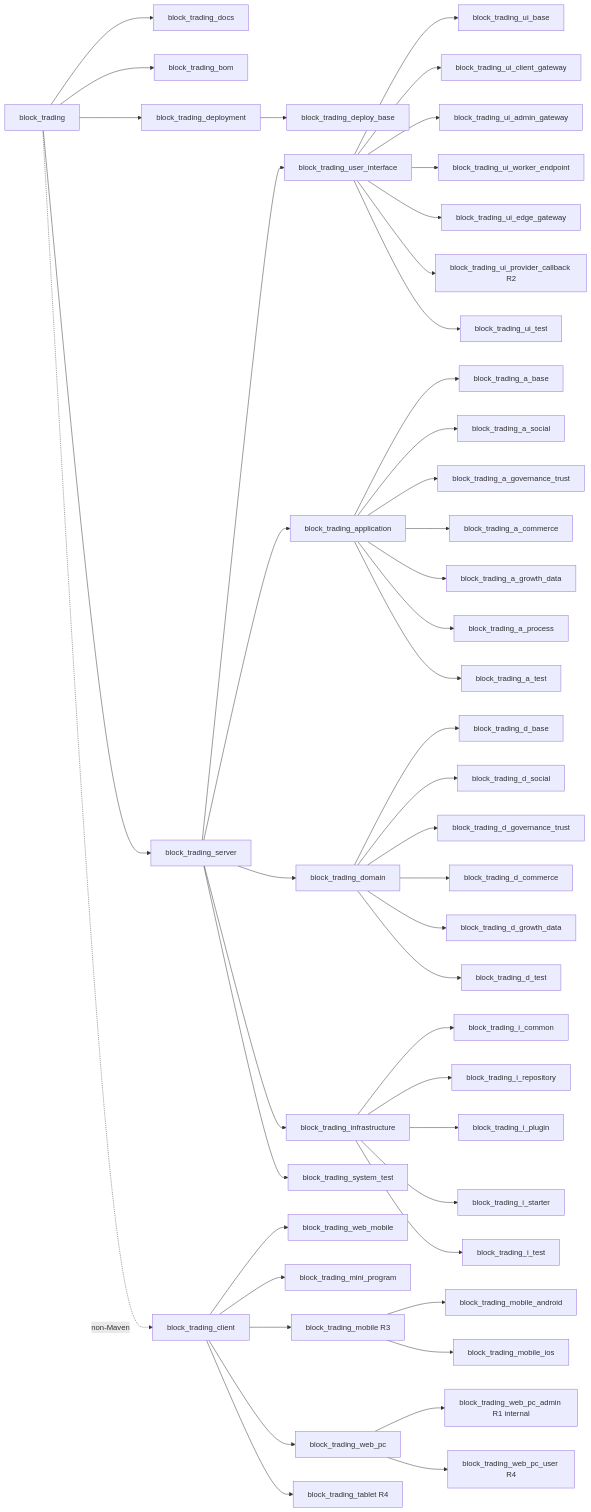
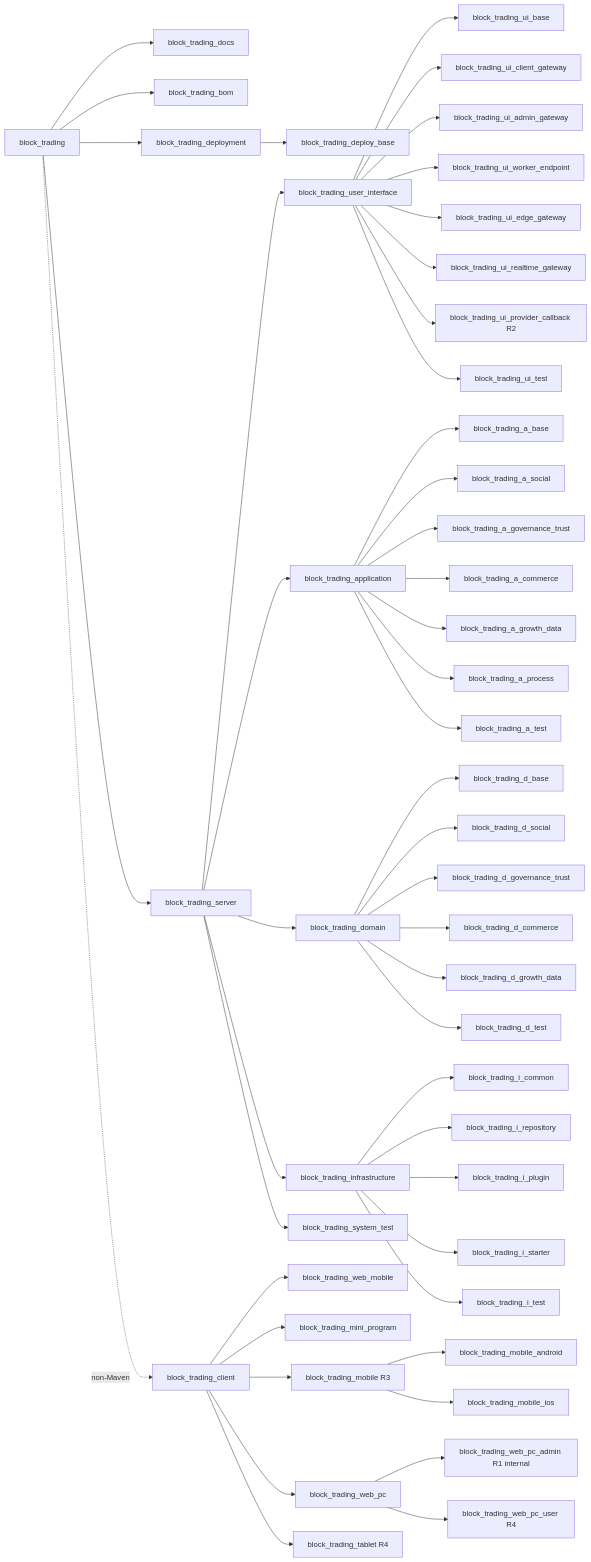
One commit to Forest-Fairy/block_trading changed the diagram in block_trading_docs/产品文档/项目文档/趣汇代码模块规划/content.md. Above: the diagram before and after it, drawn with Mermaid. The commit also changed other lines of this file and 22 other files, not shown here.

````diff
--- a/block_trading_docs/产品文档/项目文档/趣汇代码模块规划/content.md
+++ b/block_trading_docs/产品文档/项目文档/趣汇代码模块规划/content.md
@@ -17,55 +17,56 @@
 ```mermaid
 flowchart LR
     Root["block_trading"] --> Docs["block_trading_docs"]
     Root --> Bom["block_trading_bom"]
     Root --> Server["block_trading_server"]
     Root -. non-Maven .-> Client["block_trading_client"]
     Root --> Deployment["block_trading_deployment"]
     Deployment --> DeployBase["block_trading_deploy_base"]
 
     Server --> UI["block_trading_user_interface"]
     Server --> App["block_trading_application"]
     Server --> Domain["block_trading_domain"]
     Server --> Infra["block_trading_infrastructure"]
     Server --> SystemTest["block_trading_system_test"]
 
     UI --> UiBase["block_trading_ui_base"]
     UI --> UiClient["block_trading_ui_client_gateway"]
     UI --> UiAdmin["block_trading_ui_admin_gateway"]
     UI --> UiWorker["block_trading_ui_worker_endpoint"]
     UI --> UiEdge["block_trading_ui_edge_gateway"]
+    UI --> UiRealtime["block_trading_ui_realtime_gateway"]
     UI --> UiCallback["block_trading_ui_provider_callback R2"]
     UI --> UiTestParent["block_trading_ui_test"]
 
     App --> AppBase["block_trading_a_base"]
     App --> AppSocial["block_trading_a_social"]
     App --> AppGov["block_trading_a_governance_trust"]
     App --> AppCommerce["block_trading_a_commerce"]
     App --> AppGrowth["block_trading_a_growth_data"]
     App --> AppProcess["block_trading_a_process"]
     App --> AppTestParent["block_trading_a_test"]
 
     Domain --> DomainBase["block_trading_d_base"]
     Domain --> DomainSocial["block_trading_d_social"]
     Domain --> DomainGov["block_trading_d_governance_trust"]
     Domain --> DomainCommerce["block_trading_d_commerce"]
     Domain --> DomainGrowth["block_trading_d_growth_data"]
     Domain --> DomainTestParent["block_trading_d_test"]
 
     Infra --> InfraCommon["block_trading_i_common"]
     Infra --> InfraRepo["block_trading_i_repository"]
     Infra --> InfraPlugin["block_trading_i_plugin"]
     Infra --> InfraStarter["block_trading_i_starter"]
     Infra --> InfraTestParent["block_trading_i_test"]
 
     Client --> WebMobile["block_trading_web_mobile"]
     Client --> MiniProgram["block_trading_mini_program"]
     Client --> NativeMobile["block_trading_mobile R3"]
     NativeMobile --> Android["block_trading_mobile_android"]
     NativeMobile --> IOS["block_trading_mobile_ios"]
     Client --> WebPc["block_trading_web_pc"]
     WebPc --> WebPcAdmin["block_trading_web_pc_admin R1 internal"]
     WebPc --> WebPcUser["block_trading_web_pc_user R4"]
     Client --> Tablet["block_trading_tablet R4"]
 
 ```
````
